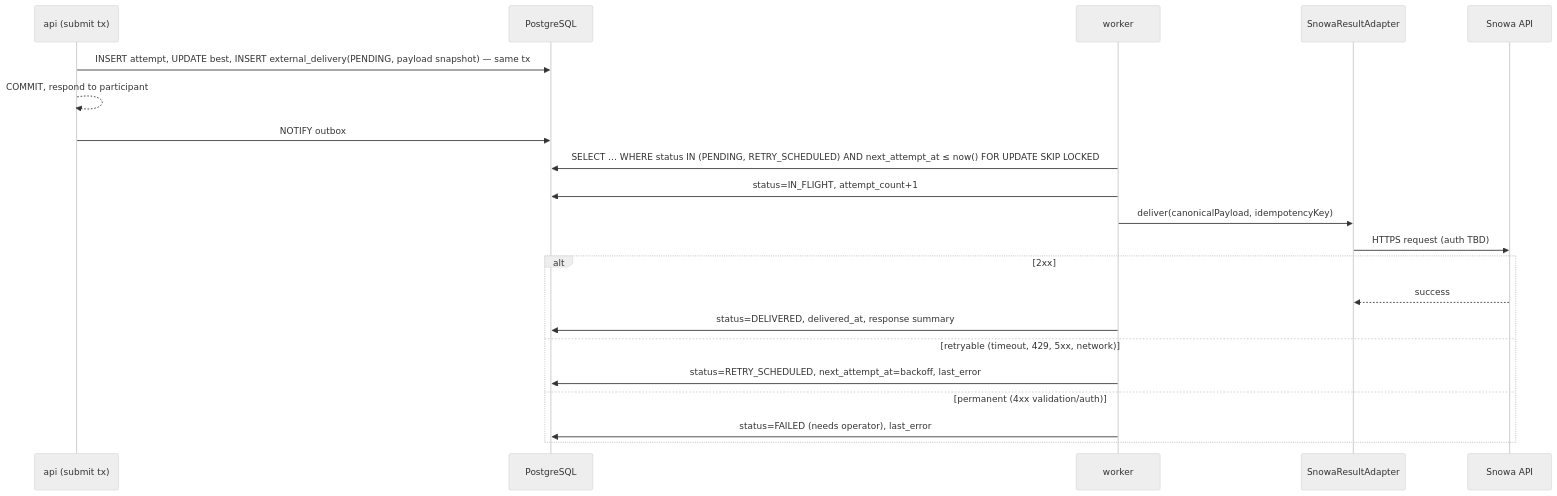
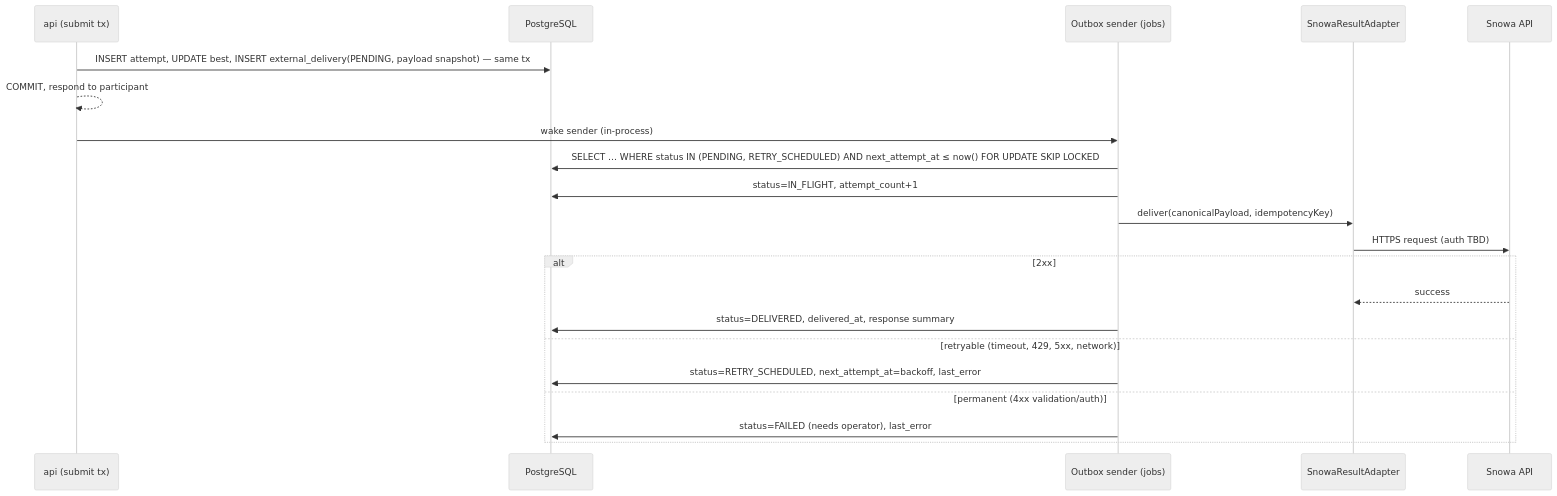
The second of 2 diagrams in docs/01-architecture/08-integration-architecture.md (osameh15/Snowa-Exhibition-Game), drawn with Mermaid (neutral theme) before and after one commit. The commit also changed other lines of this file and 61 other files, not shown here.

First line of the commit message:
docs: right-size secure exhibition architecture

````diff
--- a/docs/01-architecture/08-integration-architecture.md
+++ b/docs/01-architecture/08-integration-architecture.md
@@ -37,23 +37,23 @@
 ```mermaid
 sequenceDiagram
   participant API as api (submit tx)
   participant DB as PostgreSQL
-  participant W as worker
+  participant W as Outbox sender (jobs)
   participant AD as SnowaResultAdapter
   participant EXT as Snowa API
   API->>DB: INSERT attempt, UPDATE best, INSERT external_delivery(PENDING, payload snapshot) — same tx
   API-->>API: COMMIT, respond to participant
-  API->>DB: NOTIFY outbox
+  API->>W: wake sender (in-process)
   W->>DB: SELECT … WHERE status IN (PENDING, RETRY_SCHEDULED) AND next_attempt_at ≤ now() FOR UPDATE SKIP LOCKED
   W->>DB: status=IN_FLIGHT, attempt_count+1
   W->>AD: deliver(canonicalPayload, idempotencyKey)
   AD->>EXT: HTTPS request (auth TBD)
   alt 2xx
     EXT-->>AD: success
     W->>DB: status=DELIVERED, delivered_at, response summary
   else retryable (timeout, 429, 5xx, network)
     W->>DB: status=RETRY_SCHEDULED, next_attempt_at=backoff, last_error
   else permanent (4xx validation/auth)
     W->>DB: status=FAILED (needs operator), last_error
   end
 ```
````
